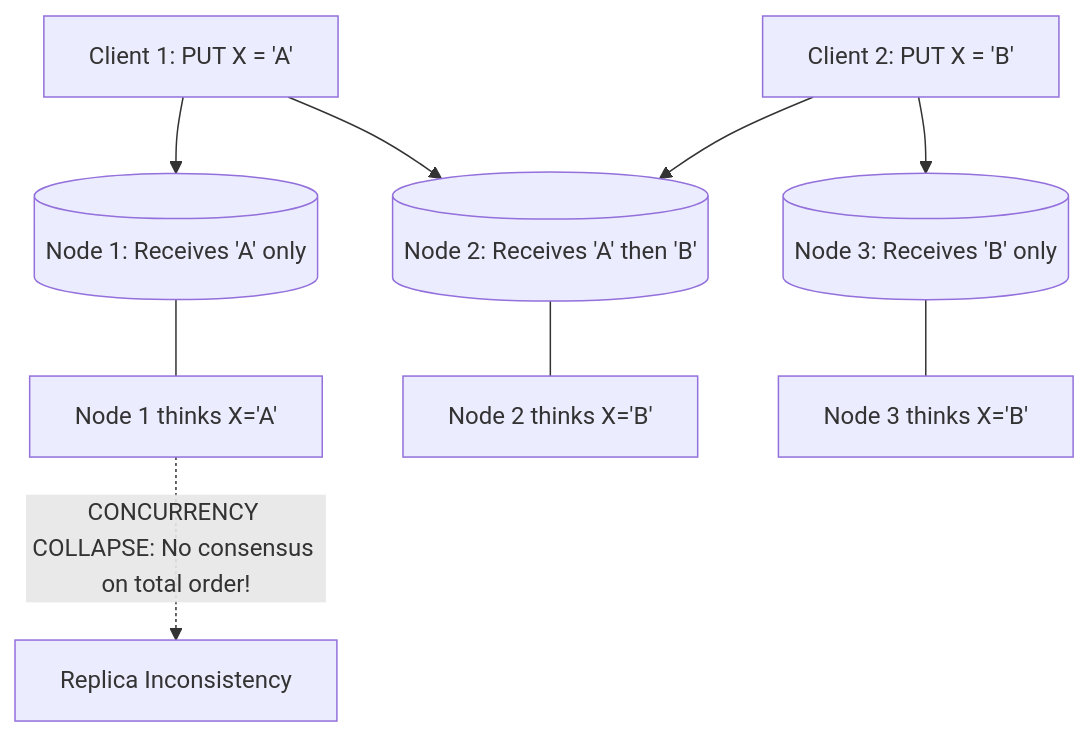
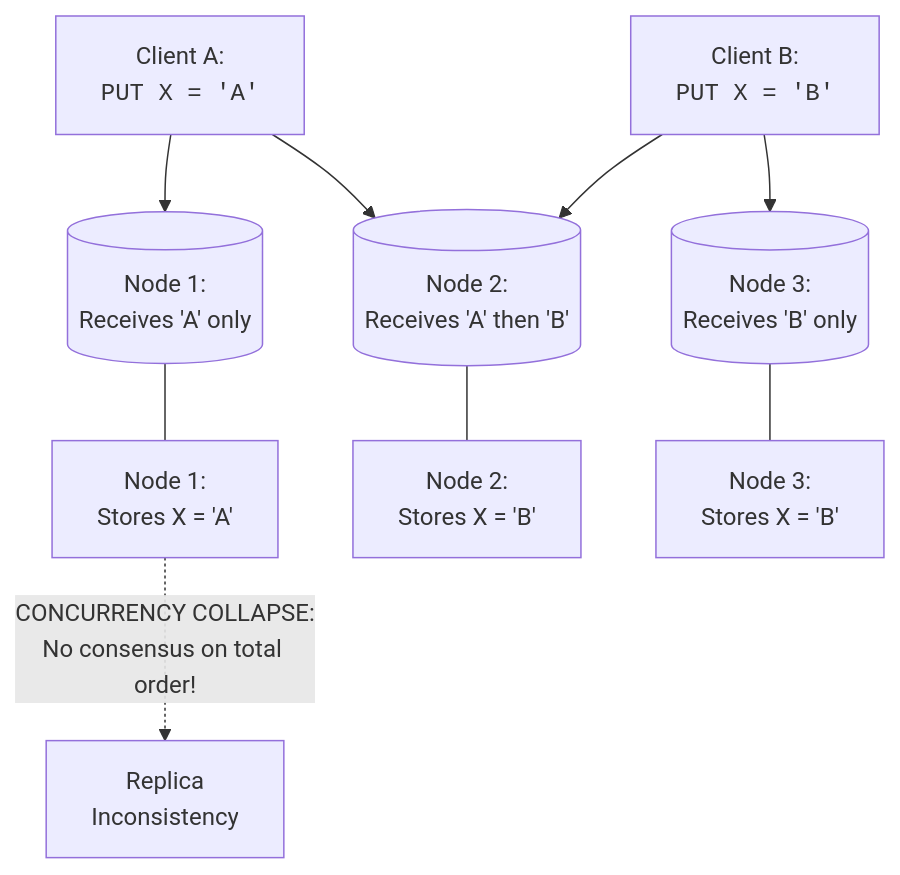
One commit to 1mimhe/books-summery changed diagram 14 of 16 in 01 Designing Data-Intensive Applications/chapter-06-replication.md. Above: the diagram before and after it, drawn with Mermaid. The commit also changed other lines of this file and 1 other file, not shown here.

````diff
--- a/01 Designing Data-Intensive Applications/chapter-06-replication.md
+++ b/01 Designing Data-Intensive Applications/chapter-06-replication.md
@@ -627,20 +594,20 @@
 ```mermaid
 flowchart TD
-  C1["Client 1: PUT X = 'A'"]
-  C2["Client 2: PUT X = 'B'"]
+  C1["Client A:<br/><code>PUT X = 'A'</code>"]
+  C2["Client B:<br/><code>PUT X = 'B'</code>"]
 
-  N1[("Node 1: Receives 'A' only")]
-  N2[("Node 2: Receives 'A' then 'B'")]
-  N3[("Node 3: Receives 'B' only")]
+  N1[("Node 1:<br/>Receives 'A' only")]
+  N2[("Node 2:<br/>Receives 'A' then 'B'")]
+  N3[("Node 3:<br/>Receives 'B' only")]
 
   C1 --> N1
   C1 --> N2
   C2 --> N2
   C2 --> N3
 
-  N1 --- DIVERGE["Node 1 thinks X='A'"]
-  N2 --- DIVERGE2["Node 2 thinks X='B'"]
-  N3 --- DIVERGE3["Node 3 thinks X='B'"]
+  N1 --- DIVERGE["Node 1:<br/>Stores X = 'A'"]
+  N2 --- DIVERGE2["Node 2:<br/>Stores X = 'B'"]
+  N3 --- DIVERGE3["Node 3:<br/>Stores X = 'B'"]
 
-  DIVERGE -.->|"CONCURRENCY COLLAPSE: No consensus on total order!"| FAIL["Replica Inconsistency"]
+  DIVERGE -.->|"CONCURRENCY COLLAPSE:<br/>No consensus on total order!"| FAIL["Replica<br/>Inconsistency"]
 ```
````
